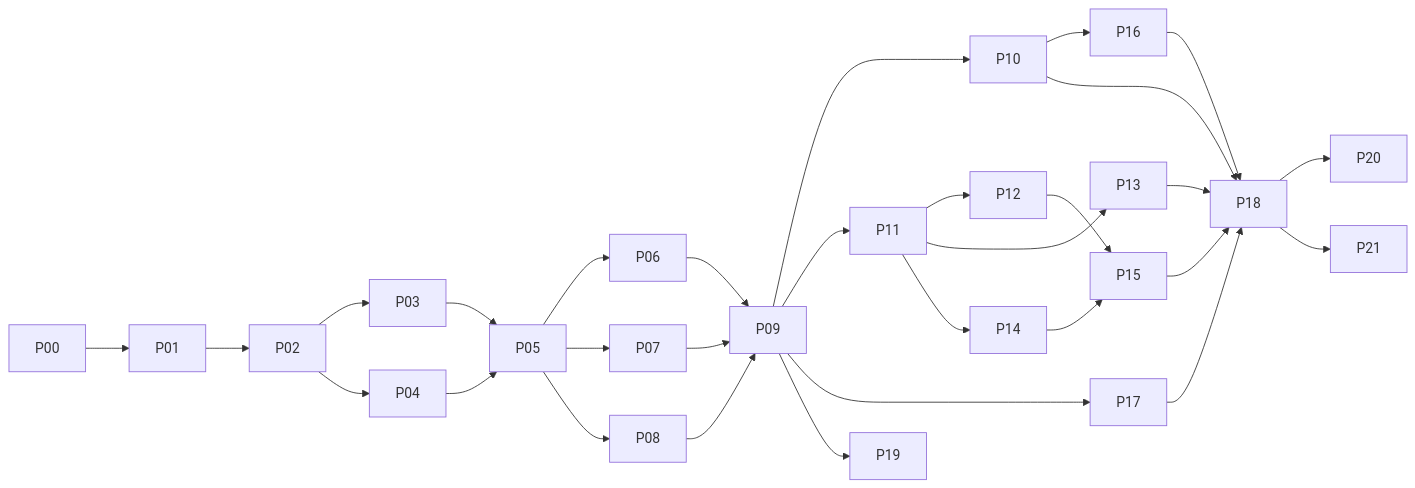
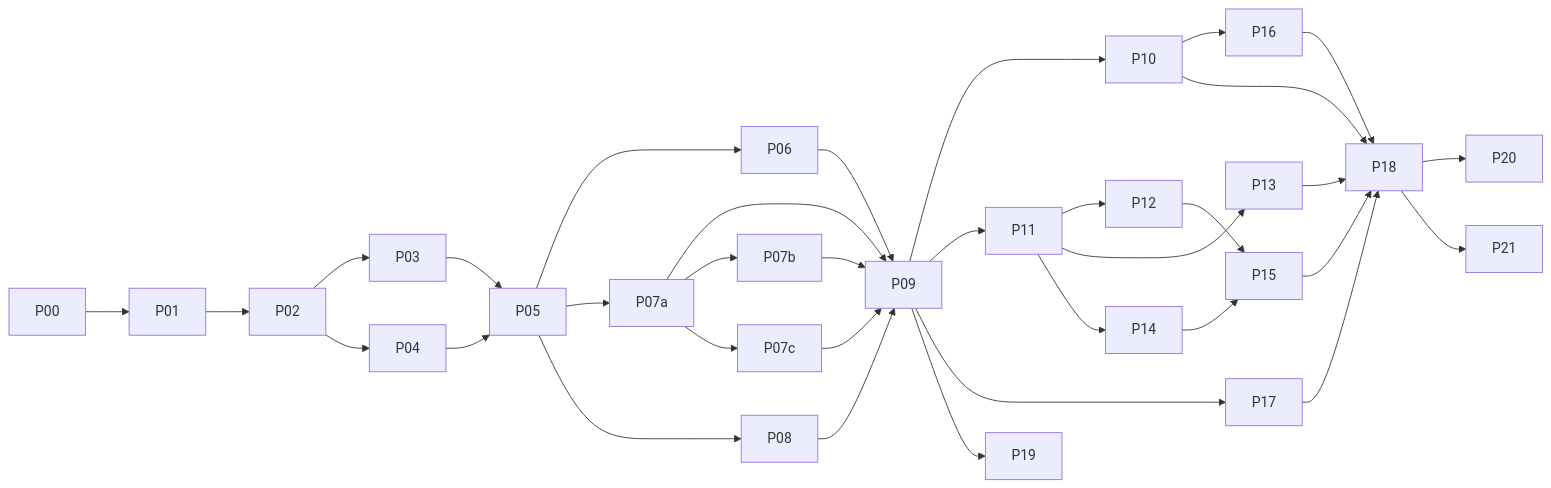
One commit to jstehn/proxy-library changed the diagram in docs/refactor/STATUS.md. Above: the diagram before and after it, drawn with Mermaid. The commit also changed other lines of this file and 5 other files, not shown here.

````diff
--- a/docs/refactor/STATUS.md
+++ b/docs/refactor/STATUS.md
@@ -43,10 +45,11 @@
 ```mermaid
 flowchart LR
   P00 --> P01 --> P02 --> P03 & P04
-  P03 & P04 --> P05 --> P06 & P07 & P08 --> P09
+  P03 & P04 --> P05 --> P06 & P07a & P08 --> P09
+  P07a --> P07b & P07c --> P09
   P09 --> P10 & P11 & P17 & P19
   P11 --> P12 & P13 & P14
   P12 & P14 --> P15
   P10 --> P16
   P10 & P13 & P15 & P16 & P17 --> P18 --> P20 & P21
 ```
````
